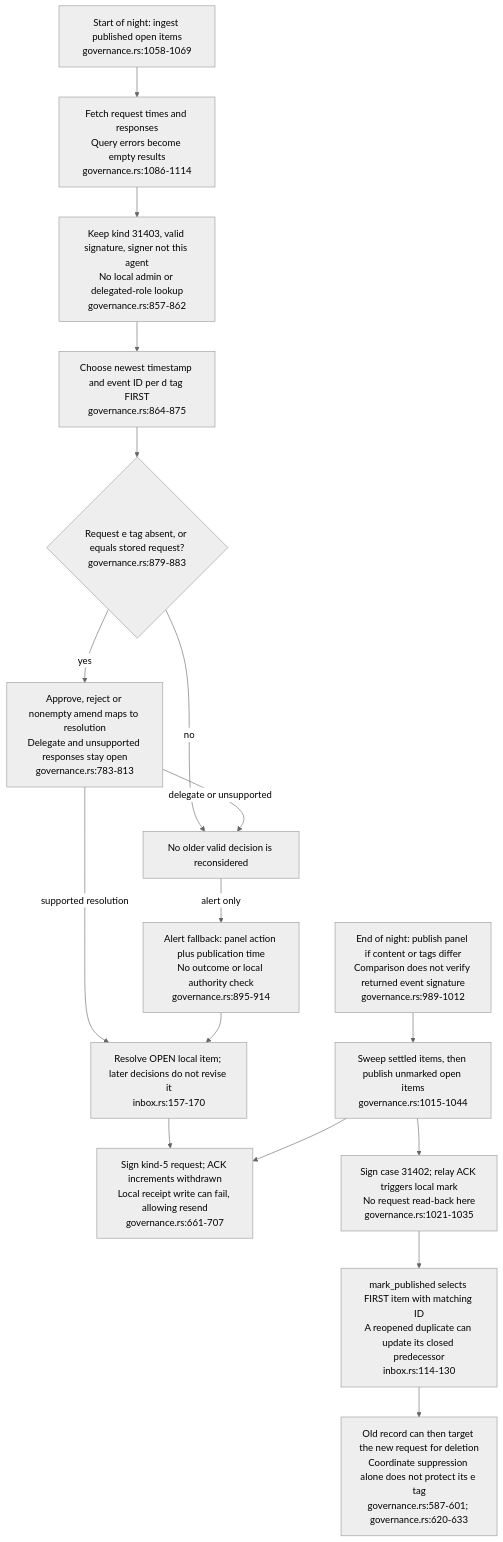
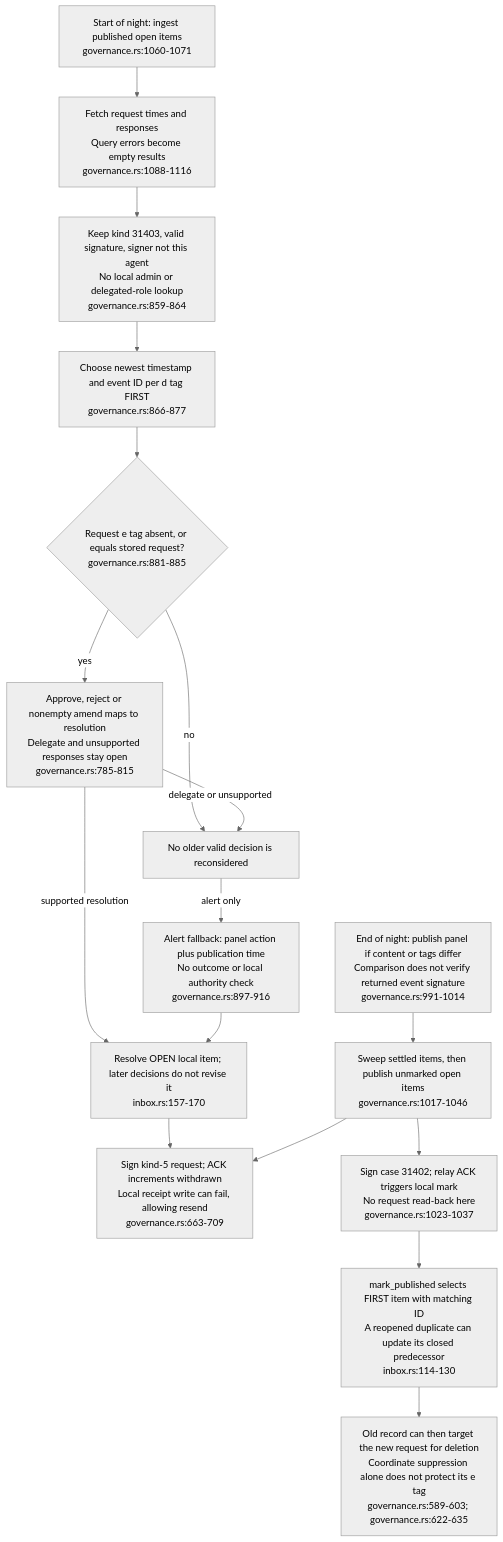
Diagram 17 of 24 in docs/diagrams/agentbox/23-dream-engine.md (DreamLab-AI/VisionFlow), drawn with Mermaid (neutral theme) before and after one commit. The commit also changed other lines of this file, not shown here.

First line of the commit message:
docs(diagrams): re-stamp AB-23 dream engine at agentbox 720e0d896 and dream-engine b40d507

````diff
--- a/docs/diagrams/agentbox/23-dream-engine.md
+++ b/docs/diagrams/agentbox/23-dream-engine.md
@@ -507,19 +507,19 @@
 ```mermaid
 flowchart TB
-    ING["Start of night: ingest published open items<br/>governance.rs:1058-1069"] --> FETCH["Fetch request times and responses<br/>Query errors become empty results<br/>governance.rs:1086-1114"]
-    FETCH --> VALID["Keep kind 31403, valid signature, signer not this agent<br/>No local admin or delegated-role lookup<br/>governance.rs:857-862"]
-    VALID --> NEW["Choose newest timestamp and event ID per d tag FIRST<br/>governance.rs:864-875"]
-    NEW --> BIND{"Request e tag absent, or equals stored request?<br/>governance.rs:879-883"}
-    BIND -->|yes| MAP["Approve, reject or nonempty amend maps to resolution<br/>Delegate and unsupported responses stay open<br/>governance.rs:783-813"]
+    ING["Start of night: ingest published open items<br/>governance.rs:1060-1071"] --> FETCH["Fetch request times and responses<br/>Query errors become empty results<br/>governance.rs:1088-1116"]
+    FETCH --> VALID["Keep kind 31403, valid signature, signer not this agent<br/>No local admin or delegated-role lookup<br/>governance.rs:859-864"]
+    VALID --> NEW["Choose newest timestamp and event ID per d tag FIRST<br/>governance.rs:866-877"]
+    NEW --> BIND{"Request e tag absent, or equals stored request?<br/>governance.rs:881-885"}
+    BIND -->|yes| MAP["Approve, reject or nonempty amend maps to resolution<br/>Delegate and unsupported responses stay open<br/>governance.rs:785-815"]
     BIND -->|no| NONE["No older valid decision is reconsidered"]
-    NONE -->|"alert only"| ACK["Alert fallback: panel action plus publication time<br/>No outcome or local authority check<br/>governance.rs:895-914"]
+    NONE -->|"alert only"| ACK["Alert fallback: panel action plus publication time<br/>No outcome or local authority check<br/>governance.rs:897-916"]
     MAP -->|"supported resolution"| SAVE["Resolve OPEN local item; later decisions do not revise it<br/>inbox.rs:157-170"]
     MAP -->|"delegate or unsupported"| NONE
     ACK --> SAVE
-    SAVE --> WITHDRAW["Sign kind-5 request; ACK increments withdrawn<br/>Local receipt write can fail, allowing resend<br/>governance.rs:661-707"]
-    PUB["End of night: publish panel if content or tags differ<br/>Comparison does not verify returned event signature<br/>governance.rs:989-1012"] --> SWEEP["Sweep settled items, then publish unmarked open items<br/>governance.rs:1015-1044"]
+    SAVE --> WITHDRAW["Sign kind-5 request; ACK increments withdrawn<br/>Local receipt write can fail, allowing resend<br/>governance.rs:663-709"]
+    PUB["End of night: publish panel if content or tags differ<br/>Comparison does not verify returned event signature<br/>governance.rs:991-1014"] --> SWEEP["Sweep settled items, then publish unmarked open items<br/>governance.rs:1017-1046"]
     SWEEP --> WITHDRAW
-    SWEEP --> CASE["Sign case 31402; relay ACK triggers local mark<br/>No request read-back here<br/>governance.rs:1021-1035"]
+    SWEEP --> CASE["Sign case 31402; relay ACK triggers local mark<br/>No request read-back here<br/>governance.rs:1023-1037"]
     CASE --> REOPEN["mark_published selects FIRST item with matching ID<br/>A reopened duplicate can update its closed predecessor<br/>inbox.rs:114-130"]
-    REOPEN --> RISK["Old record can then target the new request for deletion<br/>Coordinate suppression alone does not protect its e tag<br/>governance.rs:587-601; governance.rs:620-633"]
+    REOPEN --> RISK["Old record can then target the new request for deletion<br/>Coordinate suppression alone does not protect its e tag<br/>governance.rs:589-603; governance.rs:622-635"]
 ```
````
